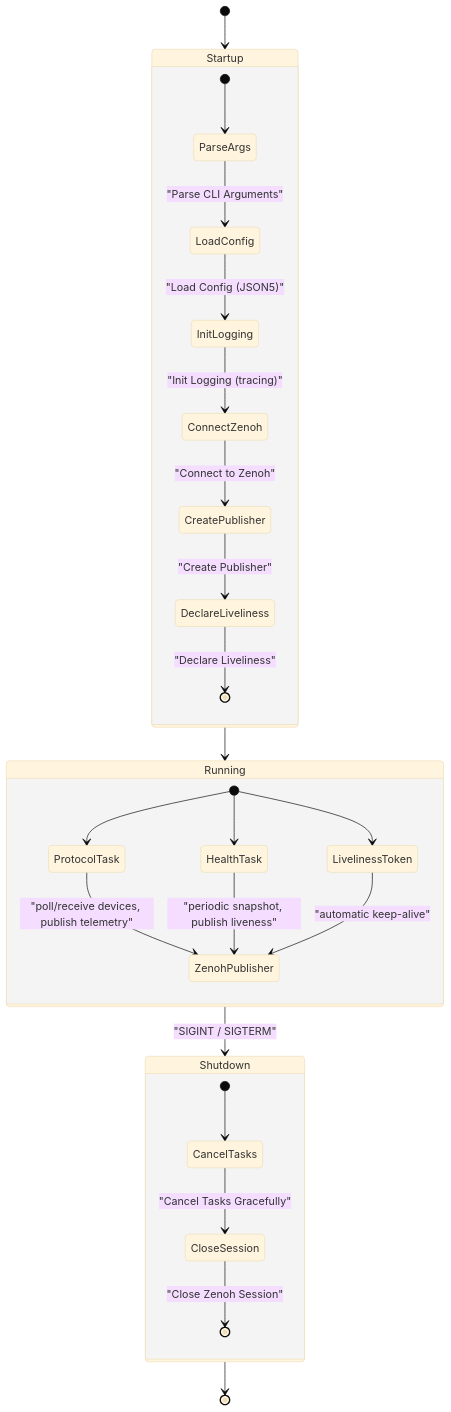
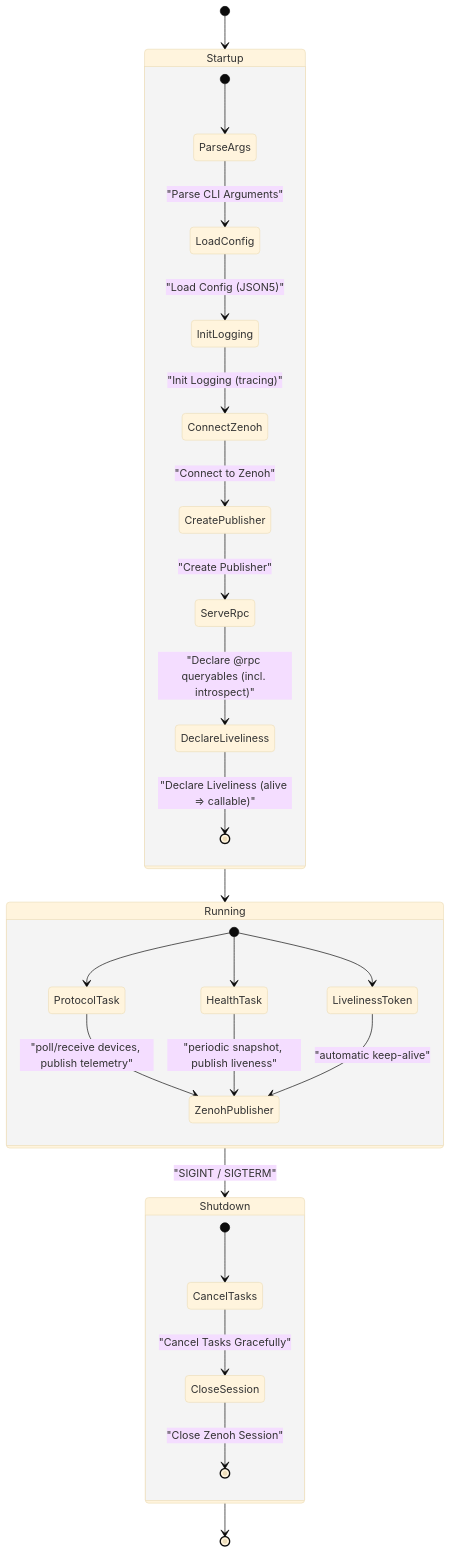
The sixth of 8 diagrams in docs/ARCHITECTURE.md (p13marc/zensight), drawn with Mermaid (base theme) before and after one commit. The commit also changed other lines of this file and 67 other files, not shown here.

````diff
--- a/docs/ARCHITECTURE.md
+++ b/docs/ARCHITECTURE.md
@@ -278,35 +297,36 @@
 ```mermaid
 stateDiagram-v2
     [*] --> Startup
 
     state Startup {
         [*] --> ParseArgs
         ParseArgs --> LoadConfig : "Parse CLI Arguments"
         LoadConfig --> InitLogging : "Load Config (JSON5)"
         InitLogging --> ConnectZenoh : "Init Logging (tracing)"
         ConnectZenoh --> CreatePublisher : "Connect to Zenoh"
-        CreatePublisher --> DeclareLiveliness : "Create Publisher"
-        DeclareLiveliness --> [*] : "Declare Liveliness"
+        CreatePublisher --> ServeRpc : "Create Publisher"
+        ServeRpc --> DeclareLiveliness : "Declare @rpc queryables (incl. introspect)"
+        DeclareLiveliness --> [*] : "Declare Liveliness (alive ⇒ callable)"
     }
 
     Startup --> Running
 
     state Running {
         [*] --> ProtocolTask
         [*] --> HealthTask
         [*] --> LivelinessToken
         ProtocolTask --> ZenohPublisher : "poll/receive devices, publish telemetry"
         HealthTask --> ZenohPublisher : "periodic snapshot, publish liveness"
         LivelinessToken --> ZenohPublisher : "automatic keep-alive"
     }
 
     Running --> Shutdown : "SIGINT / SIGTERM"
 
     state Shutdown {
         [*] --> CancelTasks
         CancelTasks --> CloseSession : "Cancel Tasks Gracefully"
         CloseSession --> [*] : "Close Zenoh Session"
     }
 
     Shutdown --> [*]
 ```
````
